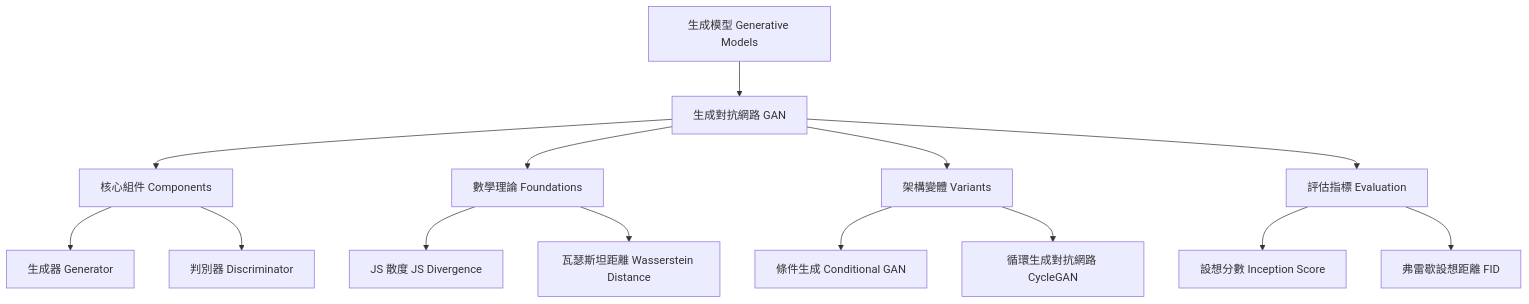
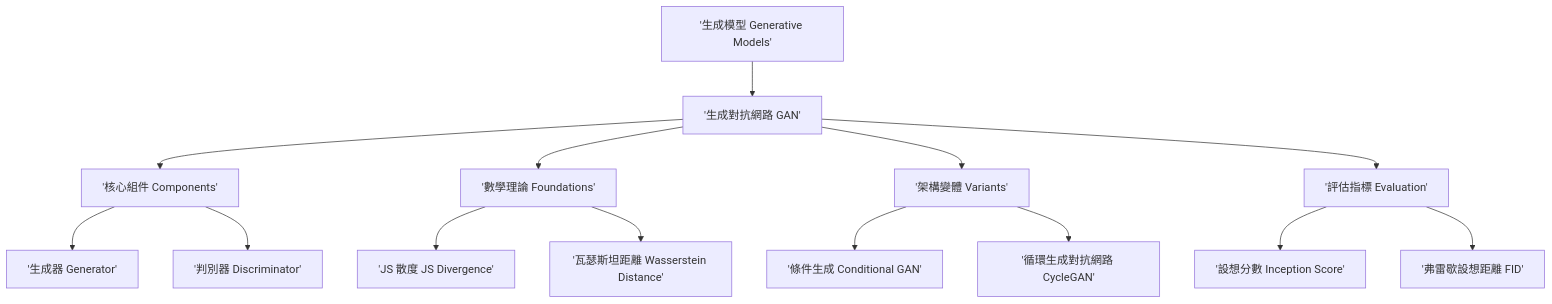
One commit to leo02311/ml2021-notes changed the diagram in content/ml2021_video21_notes.md. Above: the diagram before and after it, drawn with Mermaid. The commit also changed 19 other files, not shown here.

Commit message:
fix: resolve mermaid syntax errors in generated notes

````diff
--- a/content/ml2021_video21_notes.md
+++ b/content/ml2021_video21_notes.md
@@ -16,16 +16,16 @@
 ```mermaid
 graph TD
-    A["生成模型 Generative Models"] --> B["生成對抗網路 GAN"]
-    B --> C["核心組件 Components"]
-    C --> C1["生成器 Generator"]
-    C --> C2["判別器 Discriminator"]
-    B --> D["數學理論 Foundations"]
-    D --> D1["JS 散度 JS Divergence"]
-    D --> D2["瓦瑟斯坦距離 Wasserstein Distance"]
-    B --> E["架構變體 Variants"]
-    E --> E1["條件生成 Conditional GAN"]
-    E --> E2["循環生成對抗網路 CycleGAN"]
-    B --> F["評估指標 Evaluation"]
-    F --> F1["設想分數 Inception Score"]
-    F --> F2["弗雷歇設想距離 FID"]
+    A['生成模型 Generative Models'] --> B['生成對抗網路 GAN']
+    B --> C['核心組件 Components']
+    C --> C1['生成器 Generator']
+    C --> C2['判別器 Discriminator']
+    B --> D['數學理論 Foundations']
+    D --> D1['JS 散度 JS Divergence']
+    D --> D2['瓦瑟斯坦距離 Wasserstein Distance']
+    B --> E['架構變體 Variants']
+    E --> E1['條件生成 Conditional GAN']
+    E --> E2['循環生成對抗網路 CycleGAN']
+    B --> F['評估指標 Evaluation']
+    F --> F1['設想分數 Inception Score']
+    F --> F2['弗雷歇設想距離 FID']
 ```
````
